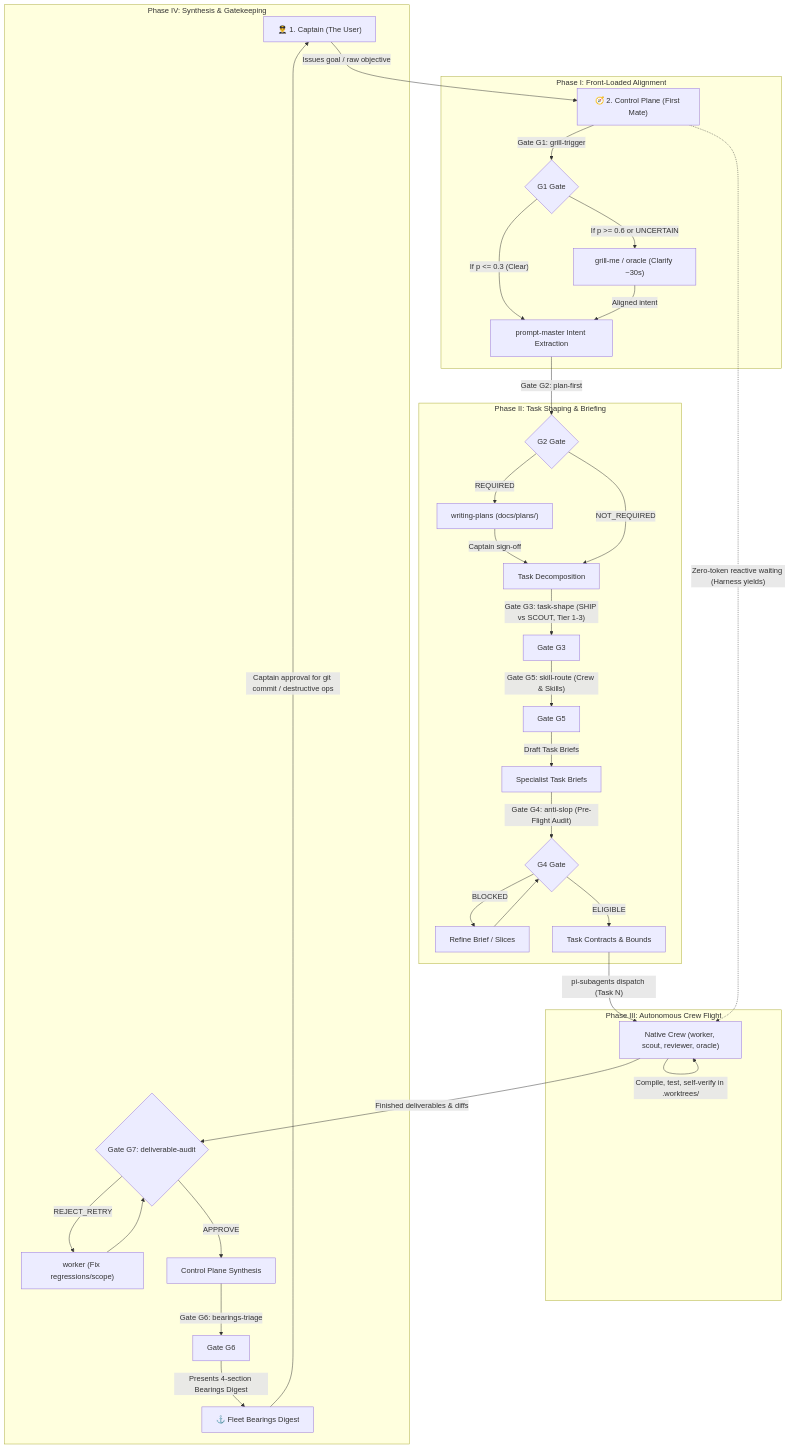
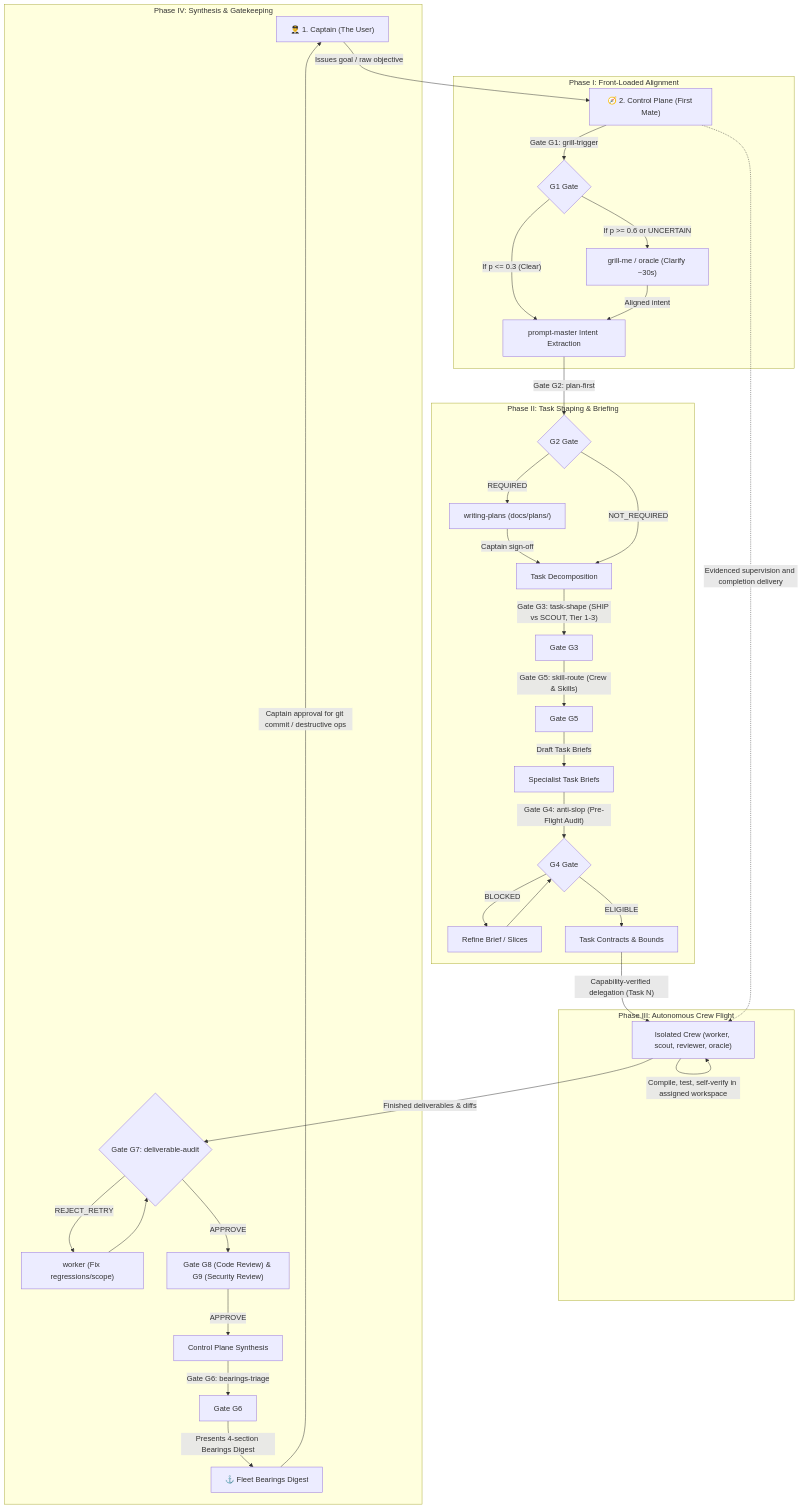
The diagram in README.md (HairyBlue/acon), drawn with Mermaid before and after one commit. The commit also changed other lines of this file and 60 other files, not shown here.

First line of the commit message:
docs(orchestration): make crew contracts host-neutral

````diff
--- a/README.md
+++ b/README.md
@@ -69,41 +70,42 @@
 ```mermaid
 flowchart TD
     Captain["👨‍✈️ 1. Captain (The User)"] -->|"Issues goal / raw objective"| FirstMate["🧭 2. Control Plane (First Mate)"]
     
     subgraph Alignment ["Phase I: Front-Loaded Alignment"]
         FirstMate -->|"Gate G1: grill-trigger"| G1{"G1 Gate"}
         G1 -->|"If p >= 0.6 or UNCERTAIN"| Grill["grill-me / oracle (Clarify ~30s)"]
         G1 -->|"If p <= 0.3 (Clear)"| PM1["prompt-master Intent Extraction"]
         Grill -->|"Aligned intent"| PM1
     end
     
     subgraph Shaping ["Phase II: Task Shaping & Briefing"]
         PM1 -->|"Gate G2: plan-first"| G2{"G2 Gate"}
         G2 -->|"REQUIRED"| Plan["writing-plans (docs/plans/)"]
         Plan -->|"Captain sign-off"| ShapingCore["Task Decomposition"]
         G2 -->|"NOT_REQUIRED"| ShapingCore
         ShapingCore -->|"Gate G3: task-shape (SHIP vs SCOUT, Tier 1-3)"| G3["Gate G3"]
         G3 -->|"Gate G5: skill-route (Crew & Skills)"| G5["Gate G5"]
         G5 -->|"Draft Task Briefs"| Briefs["Specialist Task Briefs"]
         Briefs -->|"Gate G4: anti-slop (Pre-Flight Audit)"| G4{"G4 Gate"}
         G4 -->|"BLOCKED"| FixBrief["Refine Brief / Slices"]
         FixBrief --> G4
         G4 -->|"ELIGIBLE"| Contracts["Task Contracts & Bounds"]
     end
     
     subgraph Flight ["Phase III: Autonomous Crew Flight"]
-        Contracts -->|"pi-subagents dispatch (Task N)"| Crew["Native Crew (worker, scout, reviewer, oracle)"]
-        Crew -->|"Compile, test, self-verify in .worktrees/"| Crew
-        FirstMate -.->|"Zero-token reactive waiting (Harness yields)"| Crew
+        Contracts -->|"Capability-verified delegation (Task N)"| Crew["Isolated Crew (worker, scout, reviewer, oracle)"]
+        Crew -->|"Compile, test, self-verify in assigned workspace"| Crew
+        FirstMate -.->|"Evidenced supervision and completion delivery"| Crew
     end
     
     subgraph Synthesis ["Phase IV: Synthesis & Gatekeeping"]
         Crew -->|"Finished deliverables & diffs"| G7{"Gate G7: deliverable-audit"}
         G7 -->|"REJECT_RETRY"| RetryWorker["worker (Fix regressions/scope)"]
         RetryWorker --> G7
-        G7 -->|"APPROVE"| ControlPlane["Control Plane Synthesis"]
+        G7 -->|"APPROVE"| G89["Gate G8 (Code Review) & G9 (Security Review)"]
+        G89 -->|"APPROVE"| ControlPlane["Control Plane Synthesis"]
         ControlPlane -->|"Gate G6: bearings-triage"| G6["Gate G6"]
         G6 -->|"Presents 4-section Bearings Digest"| Bearings["⚓ Fleet Bearings Digest"]
         Bearings -->|"Captain approval for git commit / destructive ops"| Captain
     end
 ```
````
